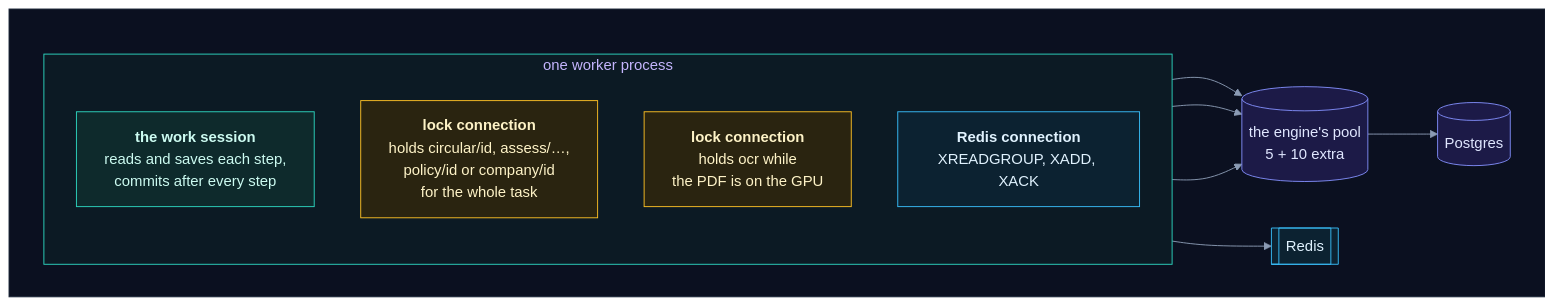
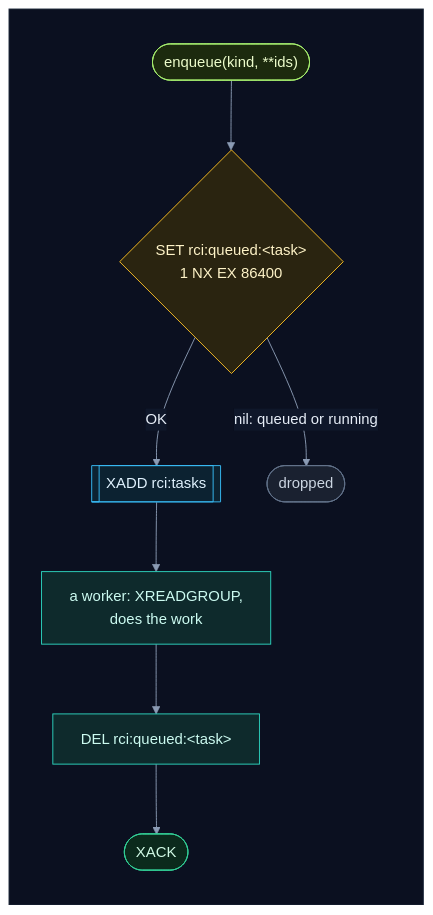
Before and after one commit to selvakumarperumal/Regulatory_Circular_Impact_Agent: the ninth of 19 diagrams in backend/worker/INTERNALS.md, drawn with Mermaid. The commit also changed other lines of this file and 7 other files, not shown here.

Commit message:
Document the lock-free queue and policy status

````diff
--- a/backend/worker/INTERNALS.md
+++ b/backend/worker/INTERNALS.md
@@ -468,38 +459,30 @@
 ```mermaid
 %%{init: {"theme": "base", "flowchart": {"diagramPadding": 0}, "themeVariables": {"darkMode": true, "primaryColor": "#16213a", "primaryTextColor": "#e6edf7", "primaryBorderColor": "#475a7a", "lineColor": "#8b9bb4", "secondaryColor": "#1b2436", "tertiaryColor": "#101a2e", "edgeLabelBackground": "#0f172a", "textColor": "#e2e8f0", "clusterBkg": "#0f1728", "clusterBorder": "#2b3a55", "titleColor": "#c4b5fd", "nodeTextColor": "#e6edf7"}}}%%
-flowchart LR
+flowchart TD
     subgraph canvas[" "]
-        direction LR
-        subgraph proc["one worker process"]
-            direction TB
-            sess["<b>the work session</b><br/>reads and saves each step,<br/>commits after every step"]
-            l1["<b>lock connection</b><br/>holds circular/id, assess/…,<br/>policy/id or company/id<br/>for the whole task"]
-            l2["<b>lock connection</b><br/>holds ocr while<br/>the PDF is on the GPU"]
-            rc["<b>Redis connection</b><br/>XREADGROUP, XADD, XACK"]
-        end
-        pool[("the engine's pool<br/>5 + 10 extra")]
-        PG[("Postgres")]
-        R[["Redis"]]
-        sess --> pool
-        l1 --> pool
-        l2 --> pool
-        pool --> PG
-        rc --> R
+        direction TB
+        add(["enqueue(kind, **ids)"]) --> nx{"SET rci:queued:&lt;task&gt;<br/>1 NX EX 86400"}
+        nx -->|"OK"| xadd[["XADD rci:tasks"]]
+        nx -->|"nil: queued or running"| skip(["dropped"])
+        xadd --> w["a worker: XREADGROUP,<br/>does the work"]
+        w --> del["DEL rci:queued:&lt;task&gt;"]
+        del --> ack(["XACK"])
     end
     classDef svc fill:#0e2a2c,stroke:#2dd4bf,color:#ccfbf1
     classDef data fill:#1c1a47,stroke:#818cf8,color:#e0e7ff
     classDef ext fill:#2a1640,stroke:#c084fc,color:#f3e8ff
     classDef gpu fill:#2d1b0c,stroke:#fb923c,color:#ffedd5
     classDef ask fill:#2a2410,stroke:#fbbf24,color:#fef3c7
     classDef ok fill:#0b2a1c,stroke:#34d399,color:#d1fae5
     classDef bad fill:#2e0f17,stroke:#fb7185,color:#ffe4e6
     classDef start fill:#1c2a0e,stroke:#a7ef6f,color:#ecfccb
     classDef muted fill:#1a2130,stroke:#64748b,color:#cbd5e1
     classDef queue fill:#0c2231,stroke:#38bdf8,color:#e0f2fe
-    class sess svc
-    class l1,l2 ask
-    class rc,R queue
-    class pool,PG data
-    style proc fill:#0c1a24,stroke:#2dd4bf
+    class add start
+    class nx ask
+    class xadd queue
+    class skip muted
+    class w,del svc
+    class ack ok
     style canvas fill:#0b1020,stroke:#1e293b,color:#0b1020
 ```
````
